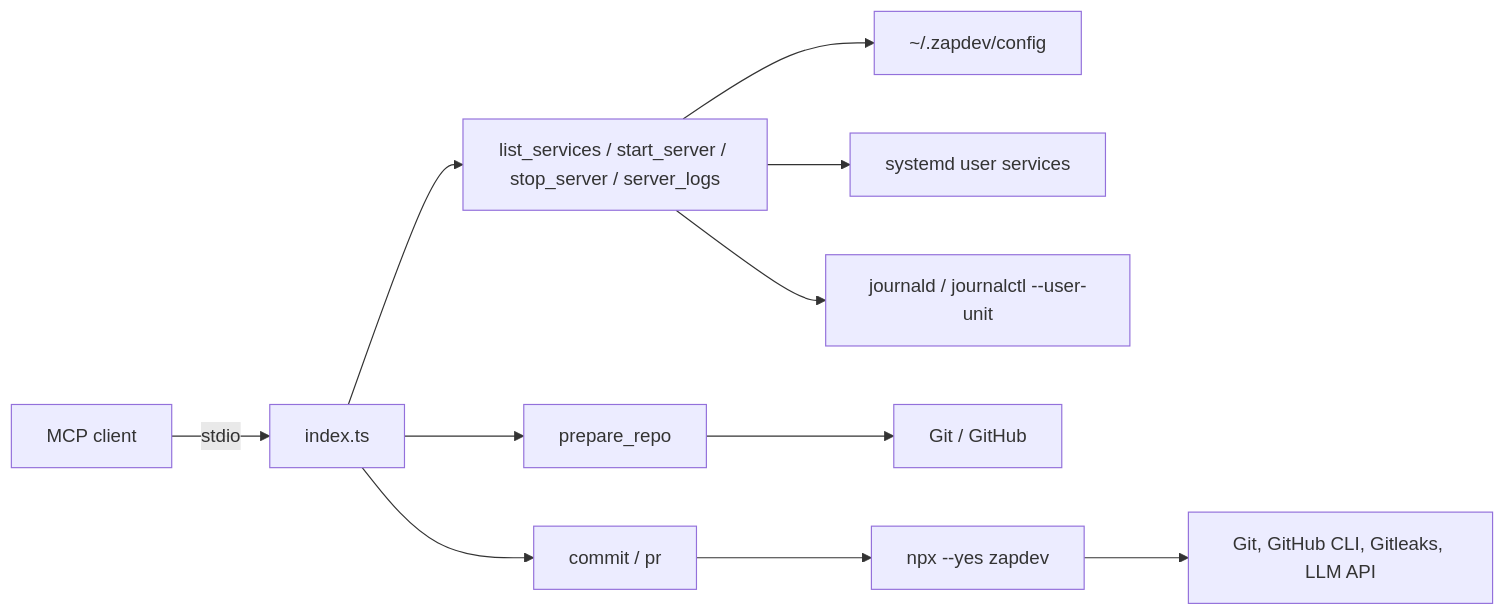
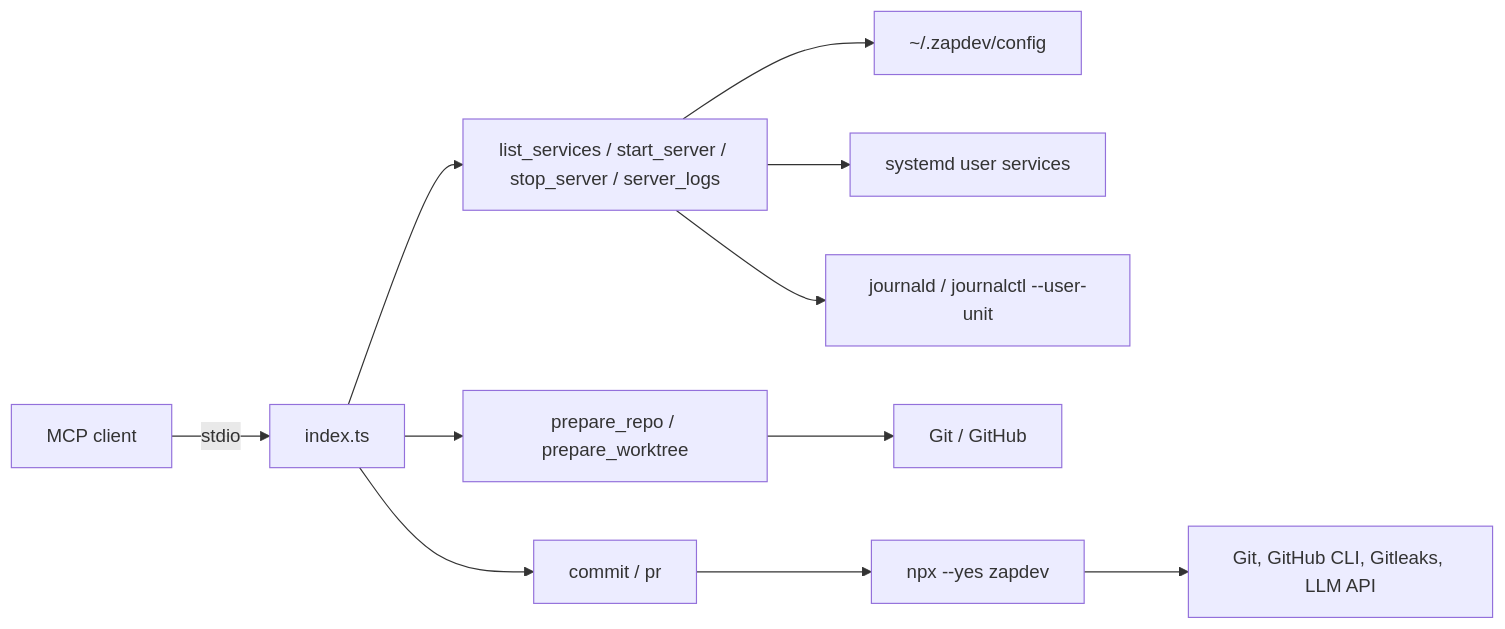
One commit to mvagnon/zapdev-mcp changed the diagram in README.md. Above: the diagram before and after it, drawn with Mermaid. The commit also changed other lines of this file and 6 other files, not shown here.

Commit message:
feat(worktrees): Add worktree support and tests; integrate with preparation flow

````diff
--- a/README.md
+++ b/README.md
@@ -18,13 +18,13 @@
 ```mermaid
 flowchart LR
   Client["MCP client"] -->|stdio| Server["index.ts"]
-  Server --> Repos["prepare_repo"]
+  Server --> Repos["prepare_repo / prepare_worktree"]
   Server --> Servers["list_services / start_server / stop_server / server_logs"]
   Servers --> Config["~/.zapdev/config"]
   Servers --> Systemd["systemd user services"]
   Servers --> Logs["journald / journalctl --user-unit"]
   Server --> Commands["commit / pr"]
   Repos --> Git["Git / GitHub"]
   Commands --> CLI["npx --yes zapdev"]
   CLI --> Tools["Git, GitHub CLI, Gitleaks, LLM API"]
 ```
````
